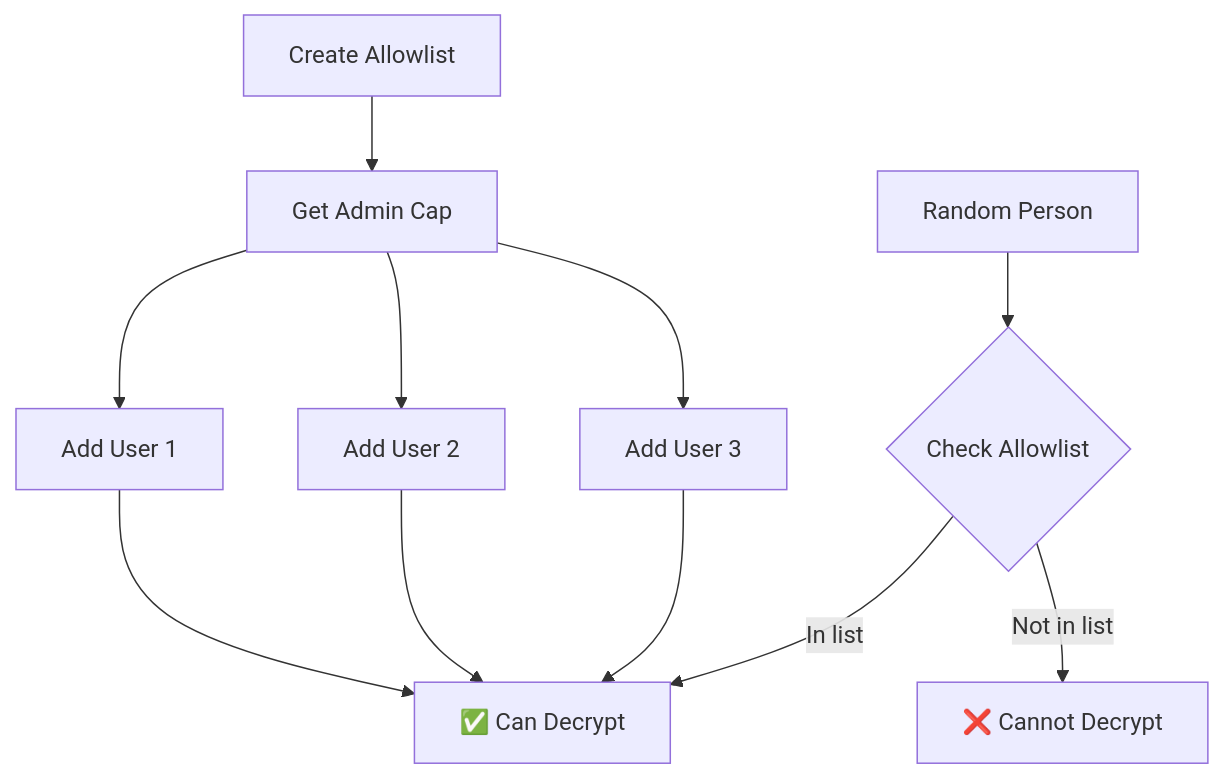
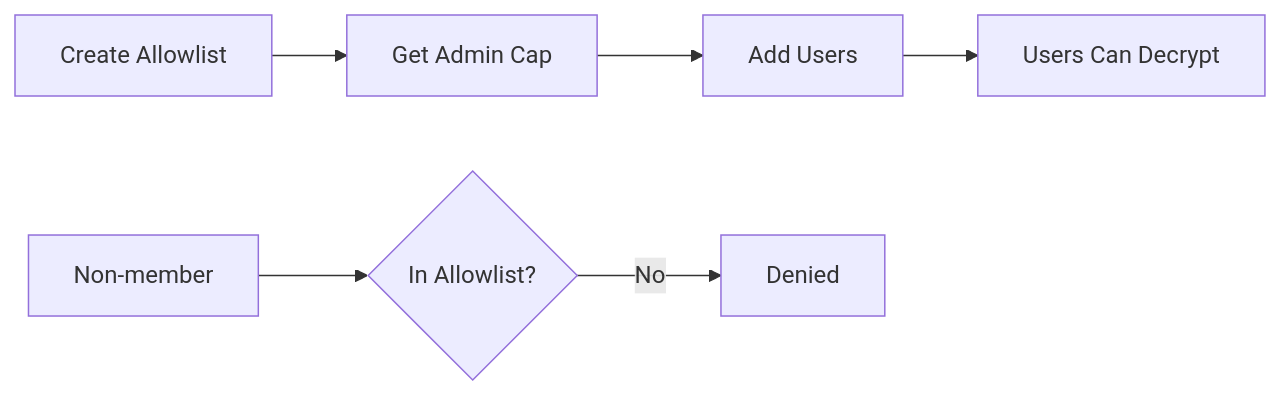
The second of 2 diagrams in README.md (Seal-Trust/sealtrust-contracts), drawn with Mermaid before and after one commit. The commit also changed other lines of this file and 1 other file, not shown here.

````diff
--- a/README.md
+++ b/README.md
@@ -54,13 +72,8 @@
 ```mermaid
-graph TD
+graph LR
     A[Create Allowlist] --> B[Get Admin Cap]
-    B --> C[Add User 1]
-    B --> D[Add User 2]
-    B --> E[Add User 3]
-    C --> F[Users Can Decrypt]
-    D --> F
-    E --> F
-    G[Random Person] --> H{Check Allowlist}
-    H -->|Not in list| I[❌ Cannot Decrypt]
-    H -->|In list| F[✅ Can Decrypt]
+    B --> C[Add Users]
+    C --> D[Users Can Decrypt]
+    E[Non-member] --> F{In Allowlist?}
+    F -->|No| G[Denied]
 ```
````
